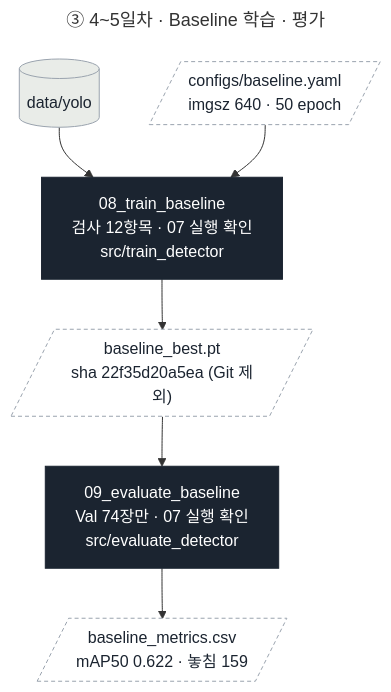
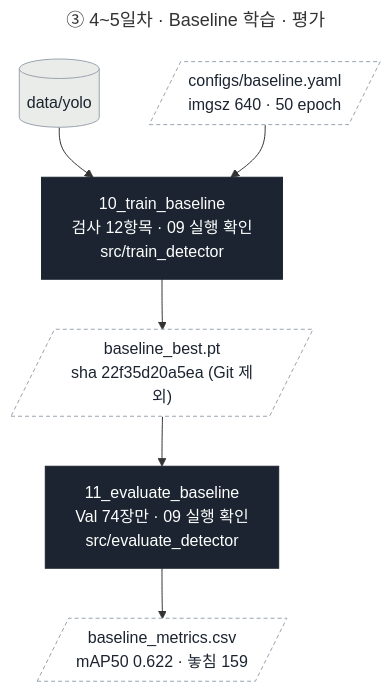
Before and after one commit to howolcat/prj2026.10: the third of 10 diagrams in prj08/docs/code_flow.md, drawn with Mermaid. The commit also changed other lines of this file and 129 other files, not shown here.

````diff
--- a/prj08/docs/code_flow.md
+++ b/prj08/docs/code_flow.md
@@ -92,20 +92,20 @@
 ```mermaid
 ---
 title: ③ 4~5일차 · Baseline 학습 · 평가
 ---
 flowchart TD
     YOLO[("data/yolo")] --> S08
     BY[/"configs/baseline.yaml<br/>imgsz 640 · 50 epoch"/] --> S08
-    S08["08_train_baseline<br/>검사 12항목 · 07 실행 확인<br/>src/train_detector"]
+    S08["10_train_baseline<br/>검사 12항목 · 09 실행 확인<br/>src/train_detector"]
     S08 --> O08[/"baseline_best.pt<br/>sha 22f35d20a5ea (Git 제외)"/]
-    O08 --> S09["09_evaluate_baseline<br/>Val 74장만 · 07 실행 확인<br/>src/evaluate_detector"]
+    O08 --> S09["11_evaluate_baseline<br/>Val 74장만 · 09 실행 확인<br/>src/evaluate_detector"]
     S09 --> O09[/"baseline_metrics.csv<br/>mAP50 0.622 · 놓침 159"/]
 
     classDef data fill:#E9ECE8,stroke:#9AA3AE,color:#1B2430
     classDef script fill:#1B2430,stroke:#1B2430,color:#FFFFFF
     classDef out fill:#FFFFFF,stroke:#9AA3AE,stroke-dasharray:4 3,color:#1B2430
     classDef human fill:#FBF1E6,stroke:#C26A1E,stroke-width:2px,color:#1B2430
     class YOLO data
     class S08,S09 script
     class BY,O08,O09 out
 ```
````
